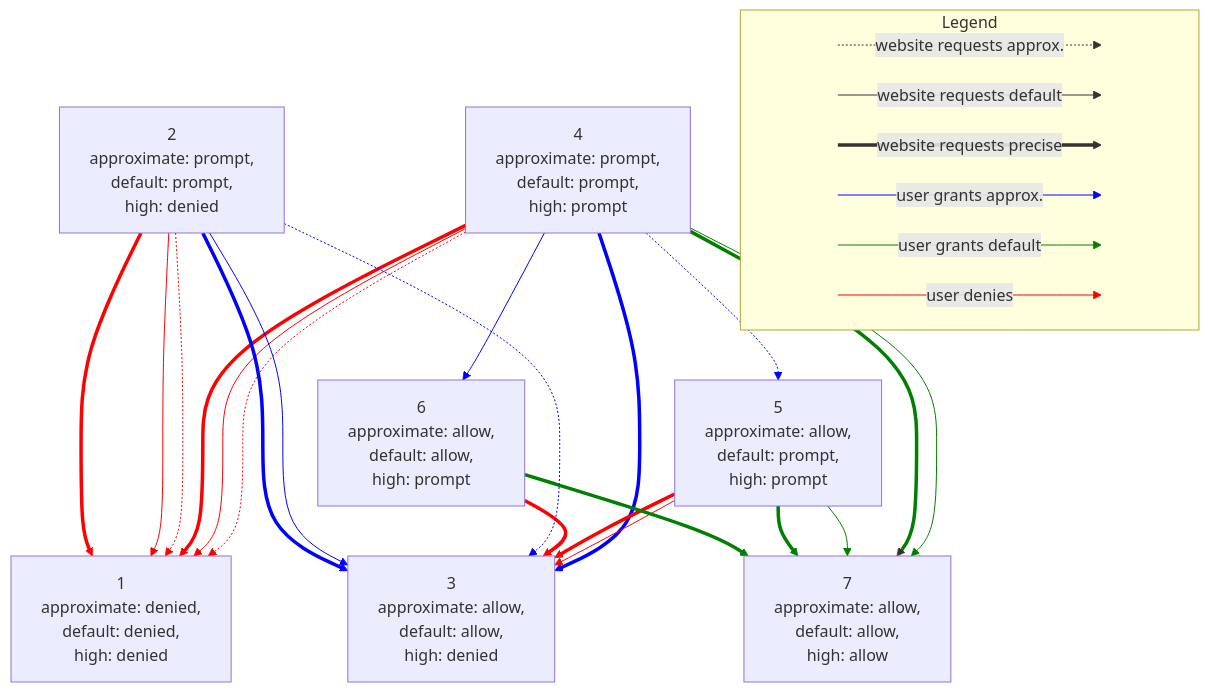
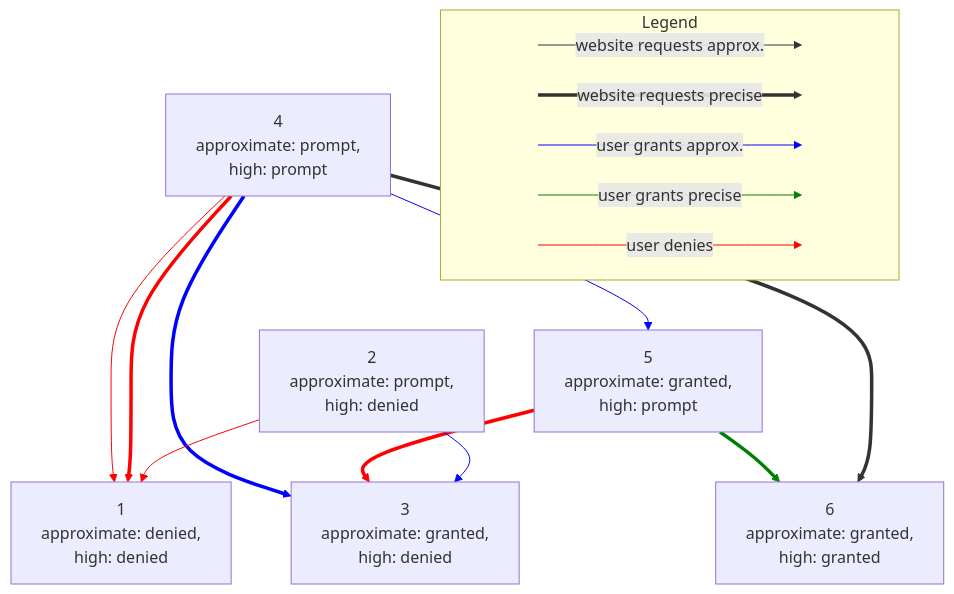
Before and after one commit to explainers-by-googlers/approximate-geolocation: the diagram in permission-states.md, drawn with Mermaid. The commit also changed other lines of this file and 1 other file, not shown here.

````diff
--- a/permission-states.md
+++ b/permission-states.md
@@ -54,76 +27,49 @@
 ```mermaid
 graph TD;
     subgraph Legend
       direction LR
-      start1[ ] -.->|website requests approx.| stop1[ ]
+      start1[ ] -->|website requests approx.| stop1[ ]
       style start1 height:0px;
       style stop1 height:0px;
-      start2[ ] -->|website requests default| stop2[ ]
-      style start2 height:0px;
-      style stop2 height:0px;
       start3[ ] ==>|website requests precise| stop3[ ]
       style start3 height:0px;
       style stop3 height:0px;
       start4[ ] -->|user grants approx.| stop4[ ]
       style start4 height:0px;
       style stop4 height:0px;
-      start5[ ] -->|user grants default| stop5[ ]
+      start5[ ] -->|user grants precise| stop5[ ]
       style start5 height:0px;
       style stop5 height:0px;
       start6[ ] -->|user denies| stop6[ ]
       style start6 height:0px;
       style stop6 height:0px;
-      linkStyle 3 stroke:blue;
-      linkStyle 4 stroke:green;
-      linkStyle 5 stroke:red;
+      linkStyle 2 stroke:blue;
+      linkStyle 3 stroke:green;
+      linkStyle 4 stroke:red;
     end
-    1[1<br>approximate: denied,<br>default: denied,<br>high: denied];
-    2[2<br>approximate: prompt,<br>default: prompt,<br>high: denied];
-    3[3<br>approximate: allow, <br>default: allow, <br>high: denied];
-    4[4<br>approximate: prompt,<br>default: prompt,<br>high: prompt];
-    5[5<br>approximate: allow, <br>default: prompt,<br>high: prompt];
-    6[6<br>approximate: allow, <br>default: allow, <br>high: prompt];
-    7[7<br>approximate: allow, <br>default: allow, <br>high: allow];
-    4-.->1;
+    1[1<br>approximate: denied,<br>high: denied];
+    2[2<br>approximate: prompt,<br>high: denied];
+    3[3<br>approximate: granted,<br>high: denied];
+    4[4<br>approximate: prompt,<br>high: prompt];
+    5[5<br>approximate: granted,<br>high: prompt];
+    6[6<br>approximate: granted,<br>high: granted];
     4-->1;
     4==>1;
     4==>3;
-    4-.->5;
-    4-->6;
-    4-->7;
-    4==>7;
-    5-->7;
-    5-->3;
-    5==>7;
+    4-->5;
+    5==>6;
     5==>3;
-    6==>7;
-    6==>3;
-    2-.->3;
     2-->3;
-    2==>3;
-    2-.->1;
     2-->1;
-    2==>1;
     2~~~6;
-    6~~~1;
+    4==>6;
+    linkStyle 5 stroke:red;
     linkStyle 6 stroke:red;
-    linkStyle 7 stroke:red;
-    linkStyle 8 stroke:red;
-    linkStyle 9 stroke:blue;
-    linkStyle 10 stroke:blue;
+    linkStyle 7 stroke:blue;
+    linkStyle 8 stroke:blue;
+    linkStyle 9 stroke:green;
+    linkStyle 10 stroke:red;
     linkStyle 11 stroke:blue;
-    linkStyle 12 stroke:green;
-    linkStyle 13 Stroke:green;
-    linkStyle 14 stroke:green;
-    linkStyle 15 stroke:red;
-    linkStyle 16 stroke:green;
-    linkStyle 17 stroke:red;
-    linkStyle 18 stroke:green;
-    linkStyle 19 stroke:red;
-    linkStyle 20 stroke:blue;
-    linkStyle 21 stroke:blue;
-    linkStyle 22 stroke:blue;
-    linkStyle 23 stroke:red;
-    linkStyle 24 stroke:red;
-    linkStyle 25 stroke:red;
+    linkStyle 12 stroke:red;
+    linkStyle 13 stroke:green;
 ```
````
